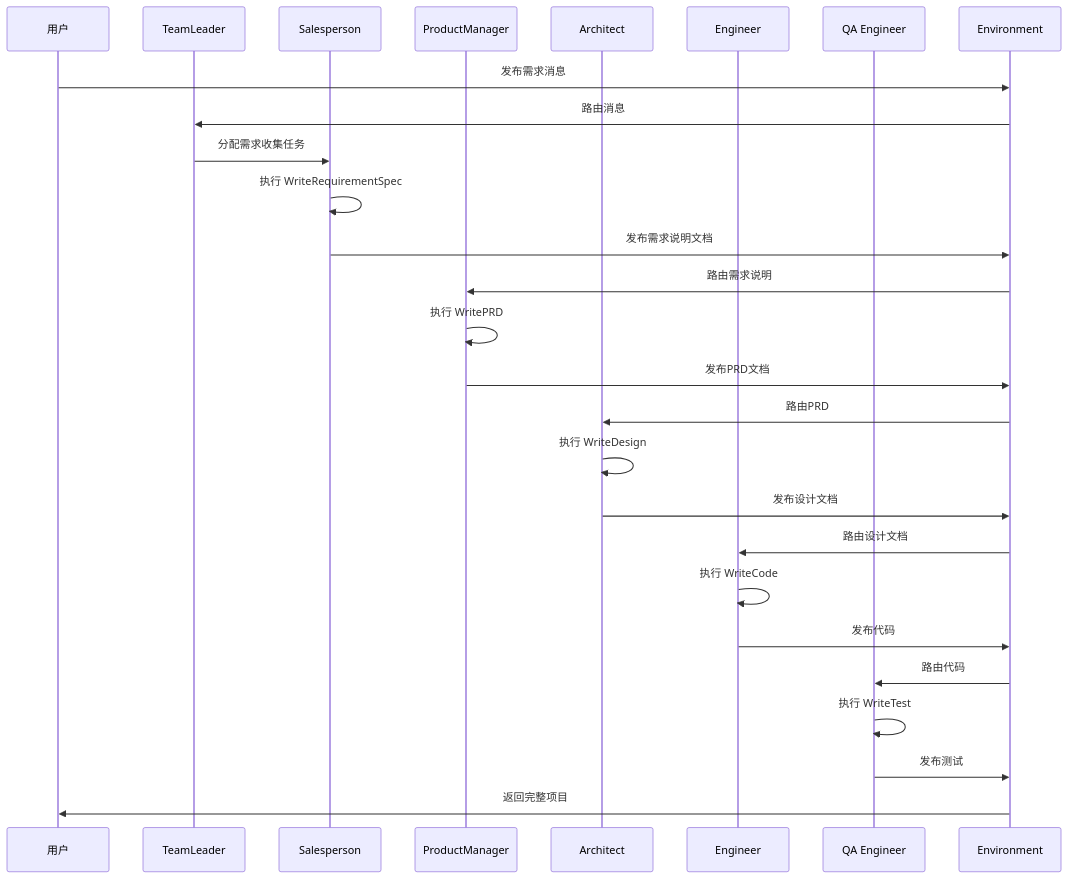
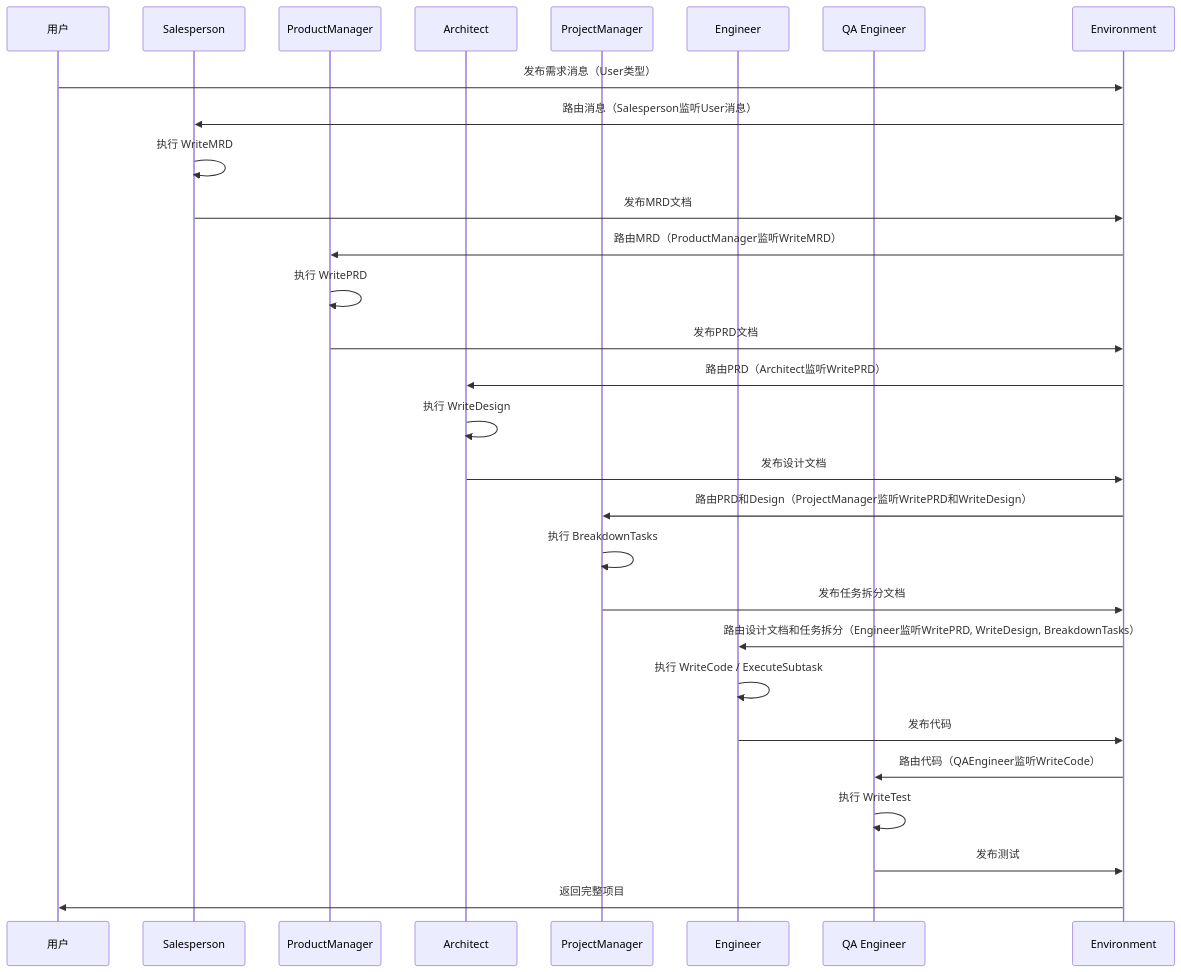
One commit to Whisper24X/personal changed the second of 5 diagrams in doc/02_产品需求文档_PRD.md. Above: the diagram before and after it, drawn with Mermaid. The commit also changed other lines of this file and 9 other files, not shown here.

First line of the commit message:
Refactor ProductManager and Role classes to enhance action handling and documentation

````diff
--- a/doc/02_产品需求文档_PRD.md
+++ b/doc/02_产品需求文档_PRD.md
@@ -151,35 +163,38 @@
 ```mermaid
 sequenceDiagram
     participant User as 用户
-    participant TL as TeamLeader
     participant Sales as Salesperson
     participant PM as ProductManager
     participant Arch as Architect
+    participant PMgr as ProjectManager
     participant Eng as Engineer
     participant QA as QA Engineer
     participant Env as Environment
     
-    User->>Env: 发布需求消息
-    Env->>TL: 路由消息
-    TL->>Sales: 分配需求收集任务
-    Sales->>Sales: 执行 WriteRequirementSpec
-    Sales->>Env: 发布需求说明文档
+    User->>Env: 发布需求消息（User类型）
+    Env->>Sales: 路由消息（Salesperson监听User消息）
+    Sales->>Sales: 执行 WriteMRD
+    Sales->>Env: 发布MRD文档
     
-    Env->>PM: 路由需求说明
+    Env->>PM: 路由MRD（ProductManager监听WriteMRD）
     PM->>PM: 执行 WritePRD
     PM->>Env: 发布PRD文档
     
-    Env->>Arch: 路由PRD
+    Env->>Arch: 路由PRD（Architect监听WritePRD）
     Arch->>Arch: 执行 WriteDesign
     Arch->>Env: 发布设计文档
     
-    Env->>Eng: 路由设计文档
-    Eng->>Eng: 执行 WriteCode
+    Env->>PMgr: 路由PRD和Design（ProjectManager监听WritePRD和WriteDesign）
+    PMgr->>PMgr: 执行 BreakdownTasks
+    PMgr->>Env: 发布任务拆分文档
+    
+    Env->>Eng: 路由设计文档和任务拆分（Engineer监听WritePRD, WriteDesign, BreakdownTasks）
+    Eng->>Eng: 执行 WriteCode / ExecuteSubtask
     Eng->>Env: 发布代码
     
-    Env->>QA: 路由代码
+    Env->>QA: 路由代码（QAEngineer监听WriteCode）
     QA->>QA: 执行 WriteTest
     QA->>Env: 发布测试
     
     Env->>User: 返回完整项目
 ```
````
